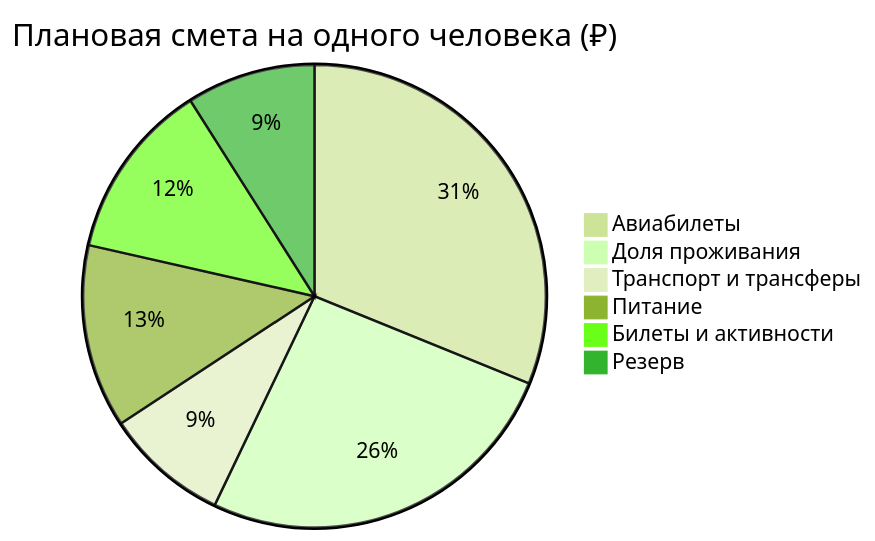
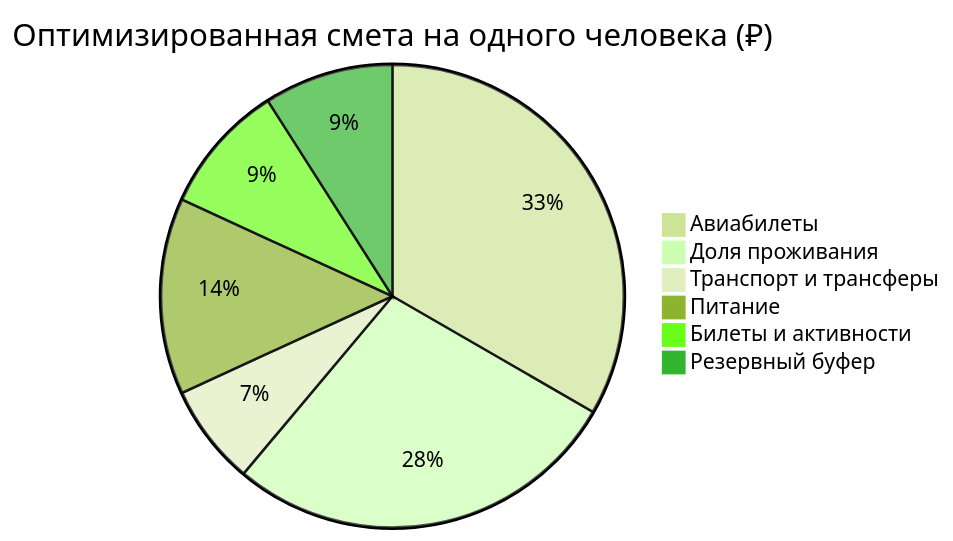
The diagram in Personal Note/Travel/-- Владивосток/04 - Финансы/Финансы.md (injurka/obsidian-mark), drawn with Mermaid (forest theme) before and after one commit. The commit also changed other lines of this file and 20 other files, not shown here.

````diff
--- a/Personal Note/Travel/-- Владивосток/04 - Финансы/Финансы.md
+++ b/Personal Note/Travel/-- Владивосток/04 - Финансы/Финансы.md
@@ -12,9 +12,9 @@
 ```mermaid
-pie title Плановая смета на одного человека (₽)
+pie title Оптимизированная смета на одного человека (₽)
     "Авиабилеты" : 45000
     "Доля проживания" : 37500
-    "Транспорт и трансферы" : 12500
+    "Транспорт и трансферы" : 9500
     "Питание" : 18500
-    "Билеты и активности" : 18000
-    "Резерв" : 13000
+    "Билеты и активности" : 12300
+    "Резервный буфер" : 12200
 ```
````
